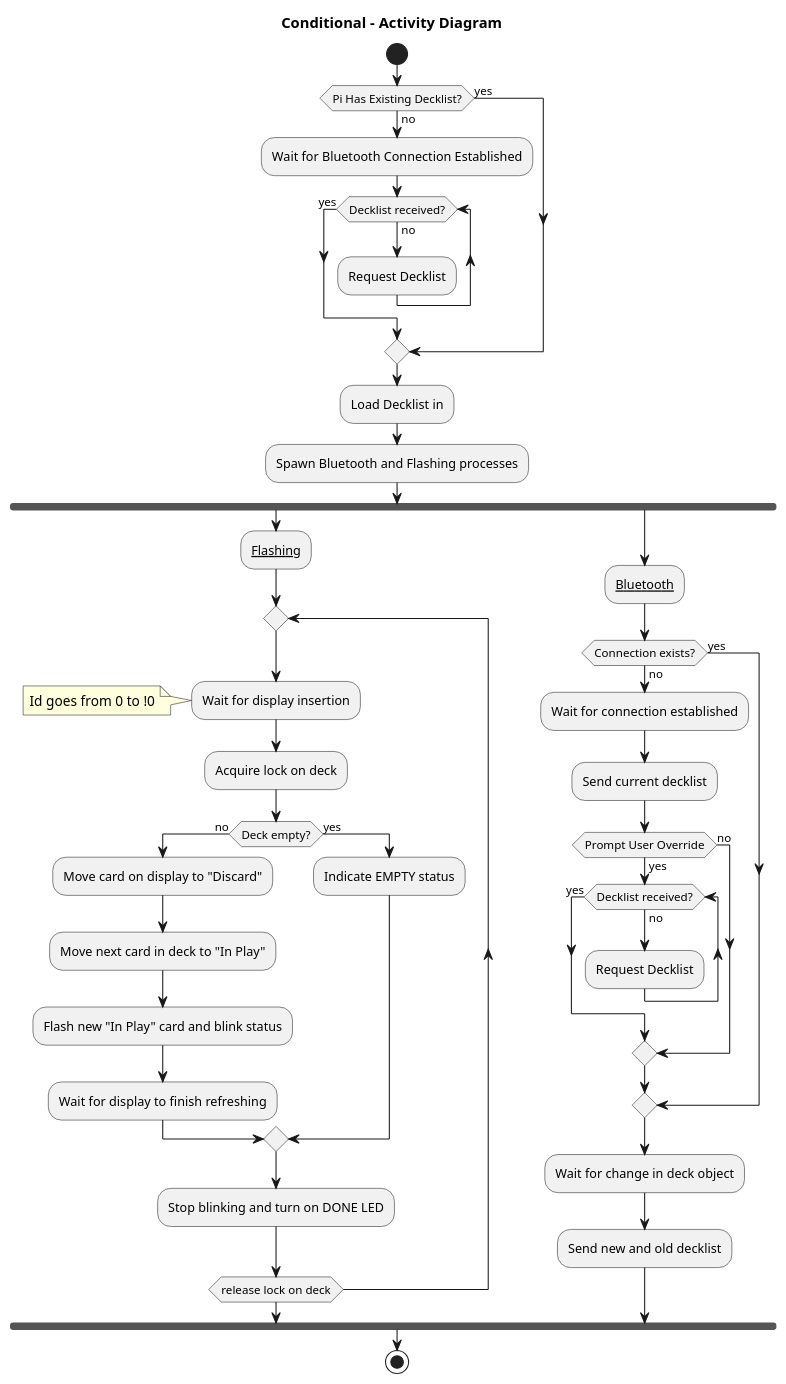
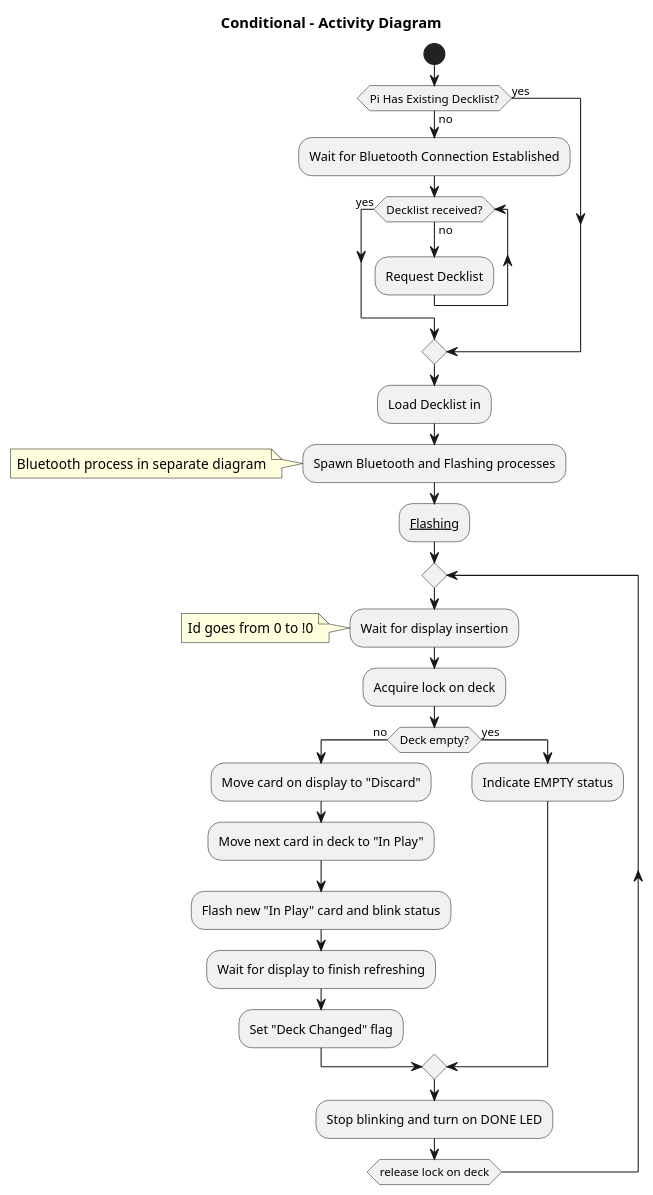
The diagram in Pi_flowchart.puml (jcassarly/SmartCards), drawn with PlantUML before and after one commit.

Commit message:
Pi flowchart had bluetooth portion removed

```diff
--- a/Pi_flowchart.puml
+++ b/Pi_flowchart.puml
@@ -1,54 +1,37 @@
 @startuml
 
 title Conditional - Activity Diagram 
 
 start
 
 if (Pi Has Existing Decklist?) then (no)
   :Wait for Bluetooth Connection Established;
   while (Decklist received?) is (no)
     :Request Decklist;
   endwhile (yes)
   else (yes)
 endif
 
 :Load Decklist in;
 
 :Spawn Bluetooth and Flashing processes;
+note left: Bluetooth process in separate diagram
 
-fork 
-  :__Flashing__;
-  repeat
-    :Wait for display insertion;
-    note left: Id goes from 0 to !0
-    :Acquire lock on deck;
-    if (Deck empty?) then (no)
-        :Move card on display to "Discard";
-        :Move next card in deck to "In Play";
-        :Flash new "In Play" card and blink status;
-        :Wait for display to finish refreshing;
-    else (yes)
-        :Indicate EMPTY status;
-    endif
-    :Stop blinking and turn on DONE LED;
-  repeat while (release lock on deck)
-fork again
-  :__Bluetooth__;
-  if (Connection exists?) then (no)
-    :Wait for connection established;
-    :Send current decklist;
-    if (Prompt User Override) then (yes)
-      while (Decklist received?) is (no)
-        :Request Decklist;
-      endwhile (yes)
-      else (no)
-    endif
-  else (yes)
-  endif
-  :Wait for change in deck object;
-  :Send new and old decklist;
-endfork
-
-stop
+:__Flashing__;
+repeat
+:Wait for display insertion;
+note left: Id goes from 0 to !0
+:Acquire lock on deck;
+if (Deck empty?) then (no)
+    :Move card on display to "Discard";
+    :Move next card in deck to "In Play";
+    :Flash new "In Play" card and blink status;
+    :Wait for display to finish refreshing;
+    :Set "Deck Changed" flag;
+else (yes)
+    :Indicate EMPTY status;
+endif
+:Stop blinking and turn on DONE LED;
+repeat while (release lock on deck)
 
 @enduml
```
